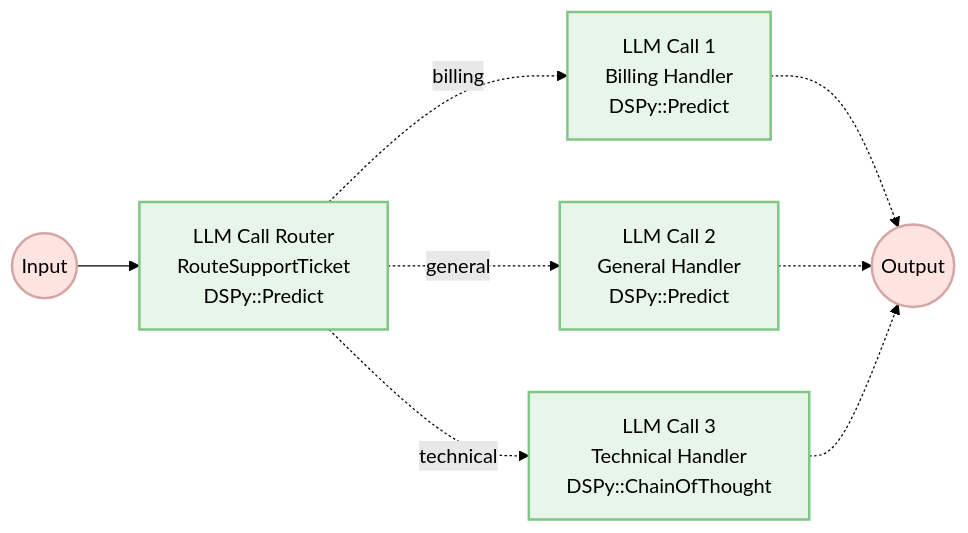
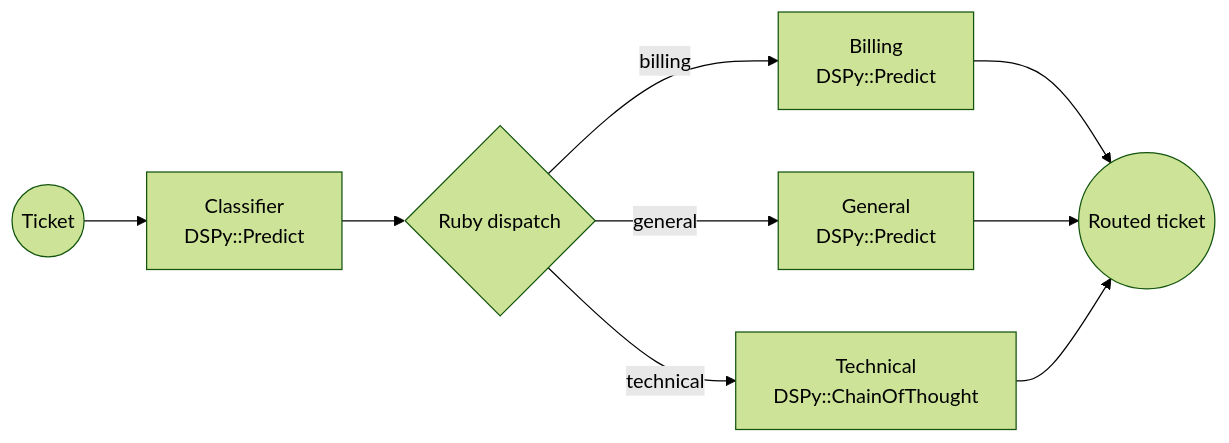
One commit to vicentereig/dspy.rb changed the diagram in docs/src/_articles/workflow-routing-with-dspy.rb.md. Above: the diagram before and after it, drawn with Mermaid (forest theme). The commit also changed other lines of this file and 5 other files, not shown here.

````diff
--- a/docs/src/_articles/workflow-routing-with-dspy.rb.md
+++ b/docs/src/_articles/workflow-routing-with-dspy.rb.md
@@ -20,21 +19,15 @@
 ```mermaid
 flowchart LR
-    In((Input))
-    Router["LLM Call Router\nRouteSupportTicket\nDSPy::Predict"]
-    Billing["LLM Call 1\nBilling Handler\nDSPy::Predict"]
-    General["LLM Call 2\nGeneral Handler\nDSPy::Predict"]
-    Technical["LLM Call 3\nTechnical Handler\nDSPy::ChainOfThought"]
-    Out((Output))
+    In((Ticket))
+    Router["Classifier\nDSPy::Predict"]
+    Branch{"Ruby dispatch"}
+    Billing["Billing\nDSPy::Predict"]
+    General["General\nDSPy::Predict"]
+    Technical["Technical\nDSPy::ChainOfThought"]
+    Out((Routed ticket))
 
-    In --> Router
-    Router -.->|billing| Billing -.-> Out
-    Router -.->|general| General -.-> Out
-    Router -.->|technical| Technical -.-> Out
-
-    style In fill:#ffe4e1,stroke:#d4a5a5,stroke-width:2px
-    style Out fill:#ffe4e1,stroke:#d4a5a5,stroke-width:2px
-    style Router fill:#e8f5e9,stroke:#81c784,stroke-width:2px
-    style Billing fill:#e8f5e9,stroke:#81c784,stroke-width:2px
-    style General fill:#e8f5e9,stroke:#81c784,stroke-width:2px
-    style Technical fill:#e8f5e9,stroke:#81c784,stroke-width:2px
+    In --> Router --> Branch
+    Branch -->|billing| Billing --> Out
+    Branch -->|general| General --> Out
+    Branch -->|technical| Technical --> Out
 ```
````
